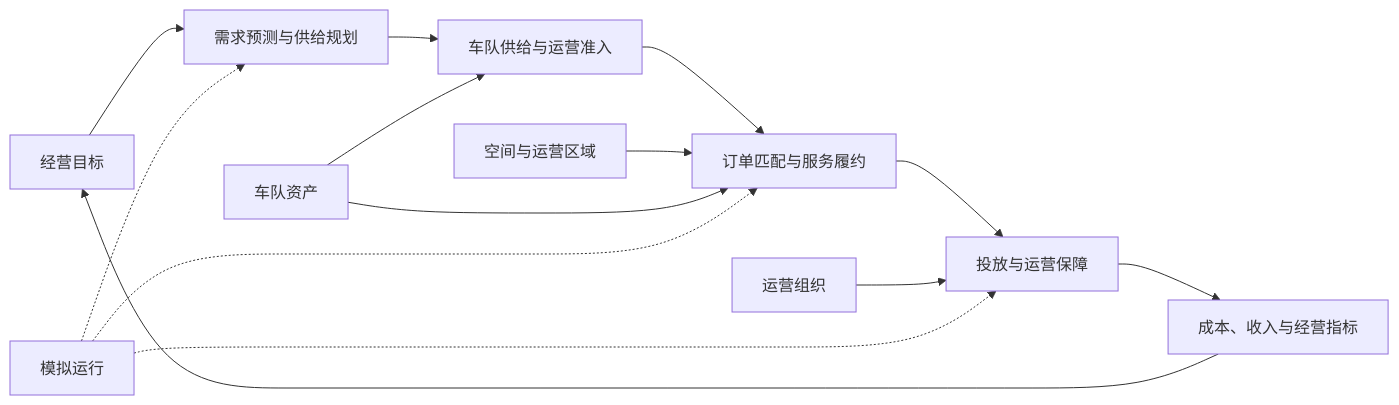
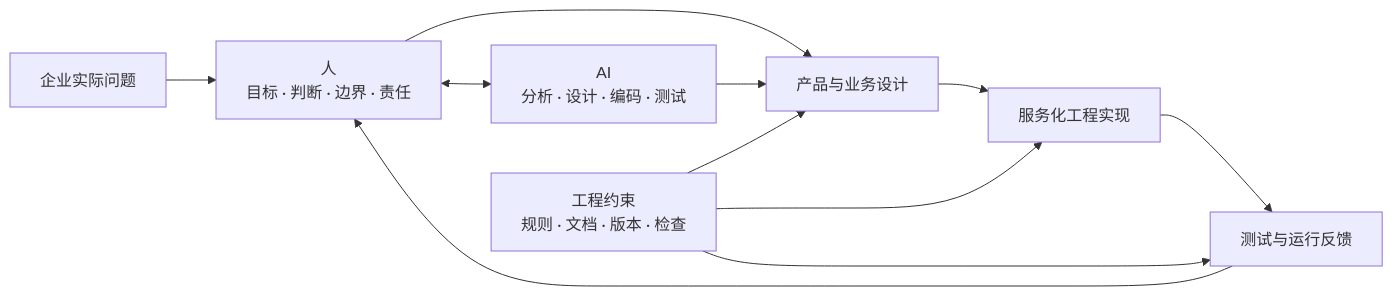
Before and after one commit to Chizheng4/robotaxi: the ninth of 10 diagrams in README.md, drawn with Mermaid. The commit also changed other lines of this file and 16 other files, not shown here.

````diff
--- a/README.md
+++ b/README.md
@@ -136,16 +200,13 @@
 ```mermaid
 flowchart LR
-  A["经营目标"] --> B["需求预测与供给规划"]
-  B --> C["车队供给与运营准入"]
-  C --> D["订单匹配与服务履约"]
-  D --> E["投放与运营保障"]
-  E --> F["成本、收入与经营指标"]
-  F --> A
-  G["空间与运营区域"] --> D
-  H["车队资产"] --> C
-  H --> D
-  I["运营组织"] --> E
-  J["模拟运行"] -.-> B
-  J -.-> D
-  J -.-> E
+  A["企业实际问题"] --> B["人<br/>目标 · 判断 · 边界 · 责任"]
+  B <--> C["AI<br/>分析 · 设计 · 编码 · 测试"]
+  B --> D["产品与业务设计"]
+  C --> D
+  D --> E["服务化工程实现"]
+  E --> F["测试与运行反馈"]
+  F --> B
+  G["工程约束<br/>规则 · 文档 · 版本 · 检查"] --> D
+  G --> E
+  G --> F
 ```
````
